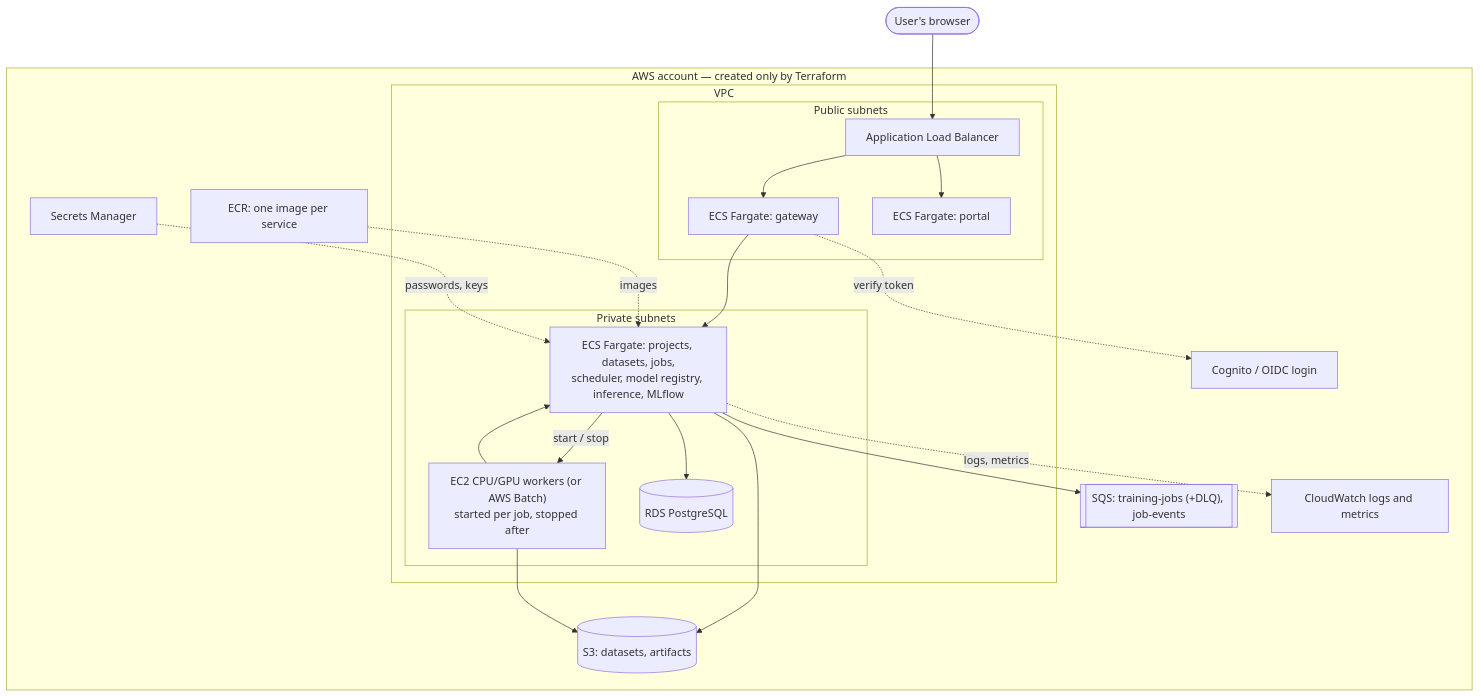
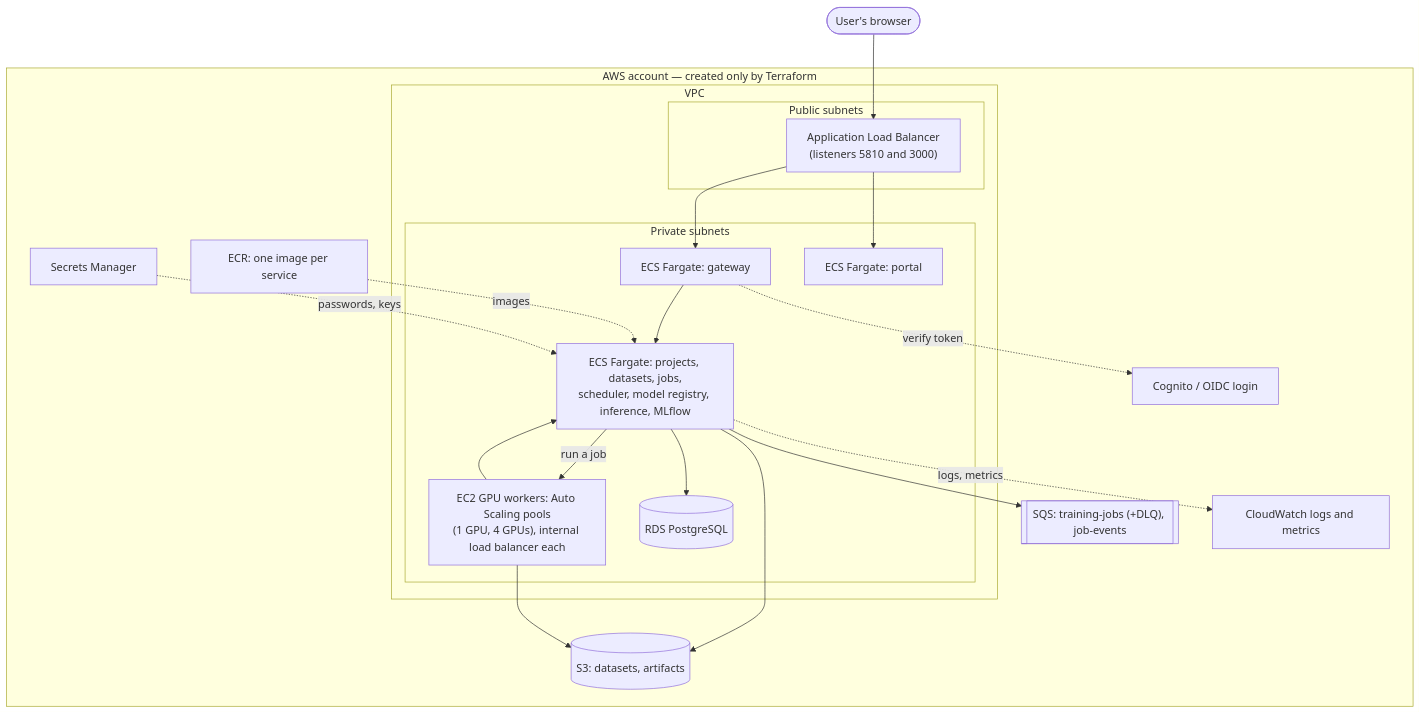
The second of 2 diagrams in docs/ARCHITECTURE.md (ali-ahmed-alshehhi/cloudtrain), drawn with Mermaid before and after one commit. The commit also changed other lines of this file and 2 other files, not shown here.

First line of the commit message:
Diagrams: everything on AWS is in Terraform now; walk-through uses tabular data

````diff
--- a/docs/ARCHITECTURE.md
+++ b/docs/ARCHITECTURE.md
@@ -77,37 +78,37 @@
 ```mermaid
 flowchart TB
   user([User's browser]) --> alb
   subgraph aws["AWS account — created only by Terraform"]
     subgraph vpc["VPC"]
       subgraph public["Public subnets"]
-        alb["Application Load Balancer"]
+        alb["Application Load Balancer<br/>(listeners 5810 and 3000)"]
+      end
+      subgraph private["Private subnets"]
         gwT["ECS Fargate: gateway"]
         portalT["ECS Fargate: portal"]
-      end
-      subgraph private["Private subnets"]
         svc["ECS Fargate: projects, datasets, jobs,<br/>scheduler, model registry, inference, MLflow"]
-        gpu["EC2 CPU/GPU workers (or AWS Batch)<br/>started per job, stopped after"]
+        gpu["EC2 GPU workers: Auto Scaling pools<br/>(1 GPU, 4 GPUs), internal load balancer each"]
         rds[("RDS PostgreSQL")]
       end
     end
     s3[("S3: datasets, artifacts")]
     sqs[["SQS: training-jobs (+DLQ), job-events"]]
     ecr["ECR: one image per service"]
     cognito["Cognito / OIDC login"]
     secrets["Secrets Manager"]
     cw["CloudWatch logs and metrics"]
   end
   alb --> gwT
   alb --> portalT
   gwT --> svc
   svc --> rds
   svc --> sqs
   svc --> s3
-  svc -->|"start / stop"| gpu
+  svc -->|"run a job"| gpu
   gpu --> s3
   gpu --> svc
   gwT -.->|"verify token"| cognito
   ecr -.->|"images"| svc
   secrets -.->|"passwords, keys"| svc
   svc -.->|"logs, metrics"| cw
 ```
````
